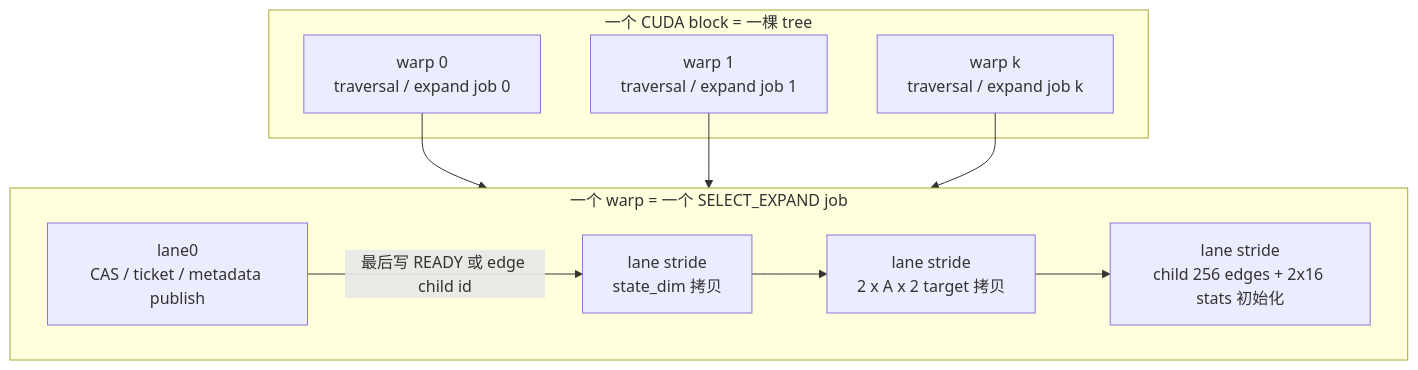
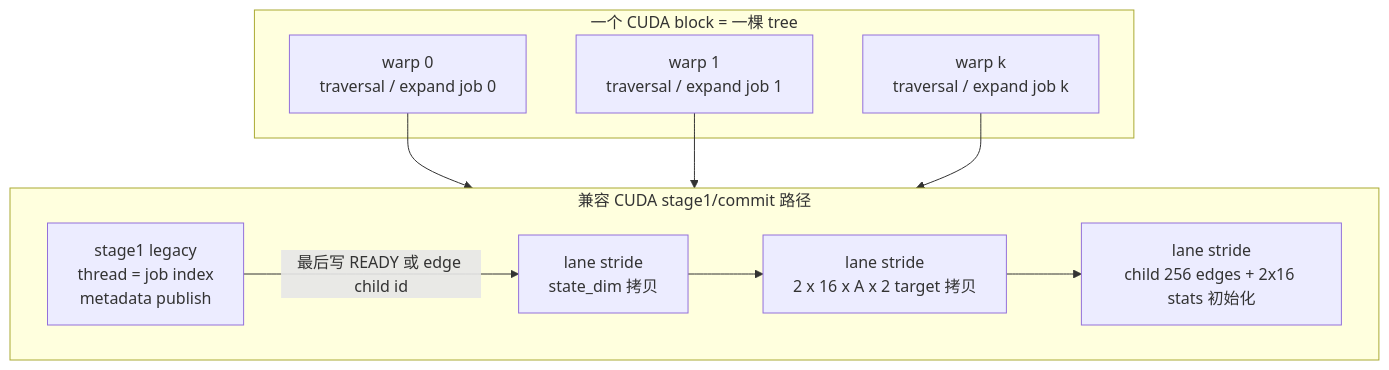
Before and after one commit to MarkJoson/mcts_numba_cuda: the sixth of 6 diagrams in gpu_mcts_kernel_design_principles.md, drawn with Mermaid. The commit also changed other lines of this file and 5 other files, not shown here.

````diff
--- a/gpu_mcts_kernel_design_principles.md
+++ b/gpu_mcts_kernel_design_principles.md
@@ -461,21 +477,21 @@
 ```mermaid
 flowchart TB
     subgraph BLOCK["一个 CUDA block = 一棵 tree"]
         W0["warp 0<br/>traversal / expand job 0"]
         W1["warp 1<br/>traversal / expand job 1"]
         WN["warp k<br/>traversal / expand job k"]
     end
 
-    subgraph WARP["一个 warp = 一个 SELECT_EXPAND job"]
-        L0["lane0<br/>CAS / ticket / metadata publish"]
+    subgraph WARP["兼容 CUDA stage1/commit 路径"]
+        L0["stage1 legacy<br/>thread = job index<br/>metadata publish"]
         LS["lane stride<br/>state_dim 拷贝"]
-        LT["lane stride<br/>2 x A x 2 target 拷贝"]
+        LT["lane stride<br/>2 x 16 x A x 2 target 拷贝"]
         LI["lane stride<br/>child 256 edges + 2x16 stats 初始化"]
     end
 
     W0 --> WARP
     W1 --> WARP
     WN --> WARP
     L0 -->|"最后写 READY 或 edge child id"| LS
     LS --> LT --> LI
 ```
````
